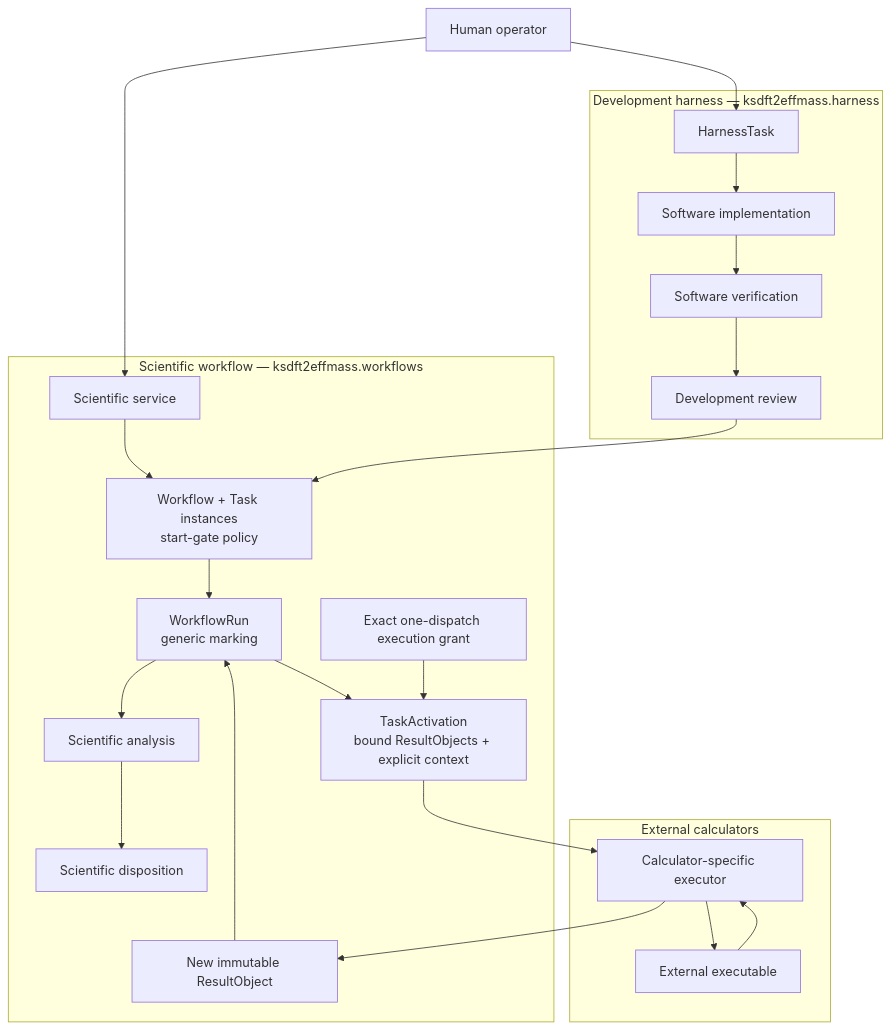
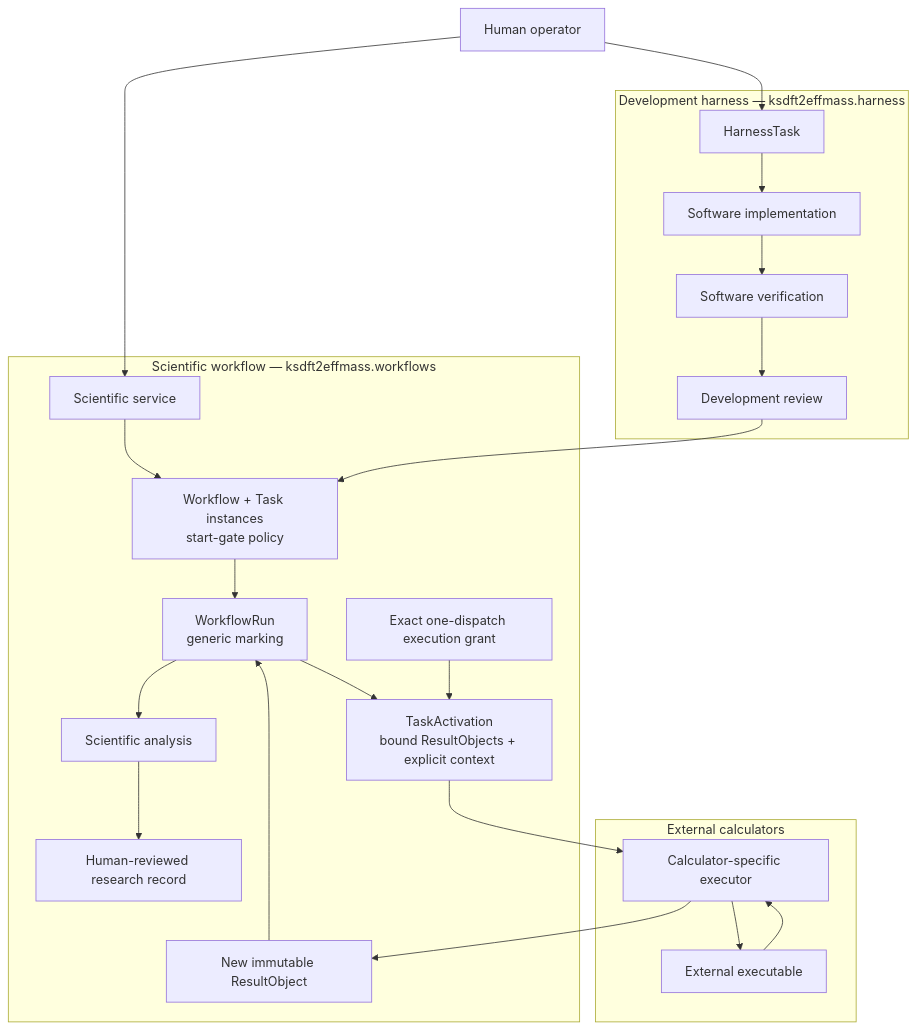
Before and after one commit to eragasa/ksdft2effmass: the first of 2 diagrams in docs/architecture/v2/separation-of-harness-and-workflow.md, drawn with Mermaid. The commit also changed other lines of this file and 43 other files, not shown here.

Commit message:
docs(architecture): accept and close v2 planning

````diff
--- a/docs/architecture/v2/separation-of-harness-and-workflow.md
+++ b/docs/architecture/v2/separation-of-harness-and-workflow.md
@@ -13,48 +13,48 @@
 ```mermaid
 flowchart TB
     HUMAN["Human operator"]
 
     subgraph BOOTSTRAP["Development harness — ksdft2effmass.harness"]
         DTASK["HarnessTask"]
         IMPLEMENT["Software implementation"]
         VERIFY["Software verification"]
         REVIEW["Development review"]
 
         DTASK --> IMPLEMENT
         IMPLEMENT --> VERIFY
         VERIFY --> REVIEW
     end
 
     subgraph WORKFLOWS["Scientific workflow — ksdft2effmass.workflows"]
         SERVICE["Scientific service"]
         WORKFLOW["Workflow + Task instances<br/>start-gate policy"]
         RUN["WorkflowRun<br/>generic marking"]
         ACTIVATION["TaskActivation<br/>bound ResultObjects + explicit context"]
         EXEC_AUTH["Exact one-dispatch execution grant"]
         RESULT["New immutable ResultObject"]
         ANALYSIS["Scientific analysis"]
-        DISPOSITION["Scientific disposition"]
+        RESEARCH["Human-reviewed research record"]
 
         SERVICE --> WORKFLOW
         WORKFLOW --> RUN
         RUN --> ACTIVATION
         EXEC_AUTH --> ACTIVATION
         RESULT --> RUN
         RUN --> ANALYSIS
-        ANALYSIS --> DISPOSITION
+        ANALYSIS --> RESEARCH
     end
 
     subgraph CALCULATORS["External calculators"]
         EXECUTOR["Calculator-specific executor"]
         PROGRAM["External executable"]
 
         EXECUTOR --> PROGRAM
         PROGRAM --> EXECUTOR
     end
 
     HUMAN --> DTASK
     HUMAN --> SERVICE
     REVIEW --> WORKFLOW
     ACTIVATION --> EXECUTOR
     EXECUTOR --> RESULT
 ```
````
